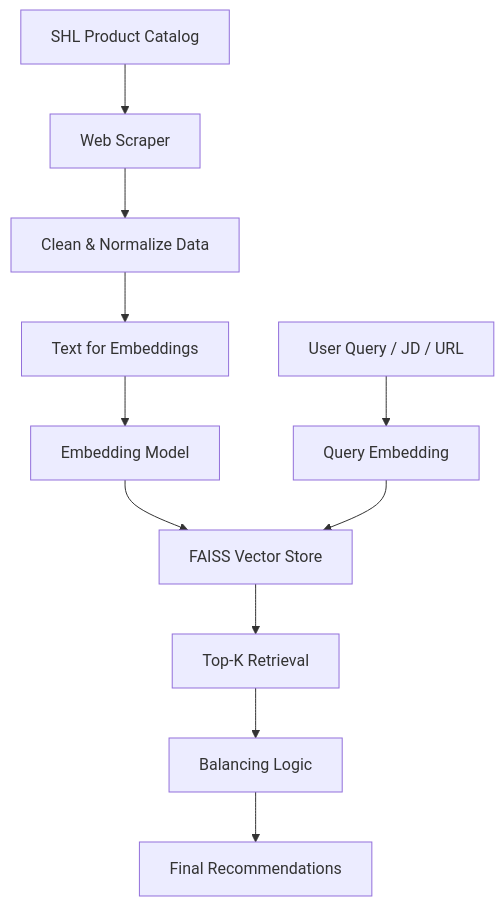
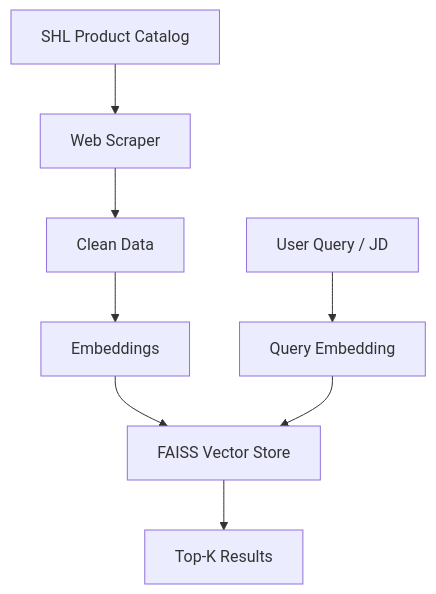
The diagram in README.md (Devansh-react/Recomendation_System), drawn with Mermaid before and after one commit. The commit also changed other lines of this file and 2 other files, not shown here.

````diff
--- a/README.md
+++ b/README.md
@@ -77,14 +55,10 @@
 ```mermaid
 flowchart TD
     A[SHL Product Catalog] --> B[Web Scraper]
-    B --> C[Clean & Normalize Data]
-    C --> D[Text for Embeddings]
-    D --> E[Embedding Model]
-    E --> F[FAISS Vector Store]
-
-    G[User Query / JD / URL] --> H[Query Embedding]
-    H --> F
-    F --> I[Top-K Retrieval]
-    I --> J[Balancing Logic]
-    J --> K[Final Recommendations]
+    B --> C[Clean Data]
+    C --> D[Embeddings]
+    D --> E[FAISS Vector Store]
+    F[User Query / JD] --> G[Query Embedding]
+    G --> E
+    E --> H[Top-K Results]
 ```
````
